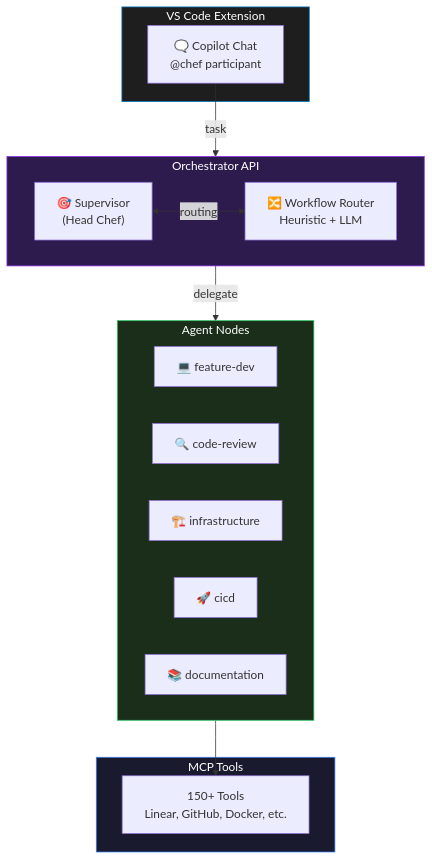
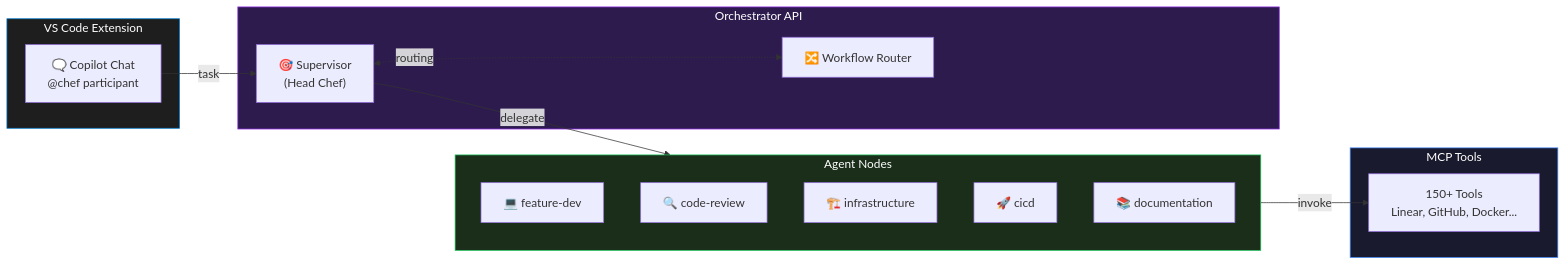
The diagram in extensions/vscode-codechef/README.md (Appsmithery/code-chef), drawn with Mermaid before and after one commit.

Commit message:
docs: switch to LR flowchart for better horizontal layout

````diff
--- a/extensions/vscode-codechef/README.md
+++ b/extensions/vscode-codechef/README.md
@@ -12,35 +12,33 @@
 ```mermaid
-flowchart TB
+flowchart LR
     subgraph vscode["VS Code Extension"]
         chat["🗨️ Copilot Chat<br/>@chef participant"]
     end
 
     subgraph orchestrator["Orchestrator API"]
-        direction LR
         supervisor["🎯 Supervisor<br/>(Head Chef)"]
-        router["🔀 Workflow Router<br/>Heuristic + LLM"]
+        router["🔀 Workflow Router"]
+        supervisor <-.->|routing| router
     end
 
     subgraph agents["Agent Nodes"]
-        direction LR
         feature["💻 feature-dev"]
         review["🔍 code-review"]
         infra["🏗️ infrastructure"]
         cicd["🚀 cicd"]
         docs["📚 documentation"]
     end
 
     subgraph tools["MCP Tools"]
-        mcp["150+ Tools<br/>Linear, GitHub, Docker, etc."]
+        mcp["150+ Tools<br/>Linear, GitHub, Docker..."]
     end
 
-    chat -->|"task"| supervisor
-    supervisor <-->|"routing"| router
-    supervisor -->|"delegate"| agents
-    agents --> mcp
+    chat -->|task| supervisor
+    supervisor -->|delegate| agents
+    agents -->|invoke| mcp
 
     style vscode fill:#1e1e1e,stroke:#007acc,color:#fff
     style orchestrator fill:#2d1b4e,stroke:#9333ea,color:#fff
     style agents fill:#1a2e1a,stroke:#22c55e,color:#fff
     style tools fill:#1a1a2e,stroke:#3b82f6,color:#fff
 ```
````
